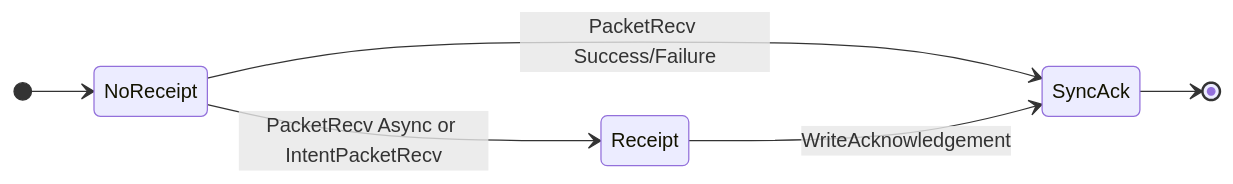
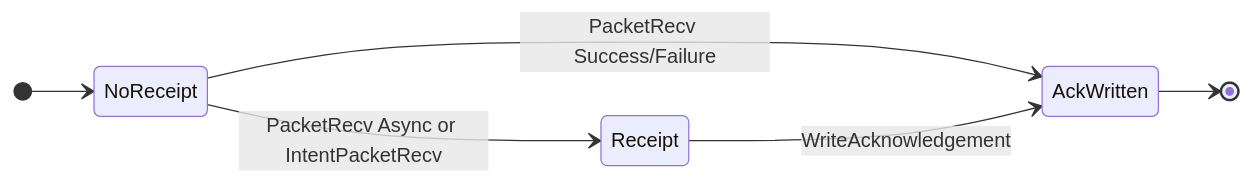
One commit to onbloc/gno-ibc changed the second of 2 diagrams in docs/specs/ibc-v1-core/packet-lifecycle.md. Above: the diagram before and after it, drawn with Mermaid. The commit also changed other lines of this file and 25 other files, not shown here.

````diff
--- a/docs/specs/ibc-v1-core/packet-lifecycle.md
+++ b/docs/specs/ibc-v1-core/packet-lifecycle.md
@@ -274,9 +274,9 @@
 ```mermaid
 stateDiagram-v2
   direction LR
   [*] --> NoReceipt
-  NoReceipt --> SyncAck: PacketRecv Success/Failure
+  NoReceipt --> AckWritten: PacketRecv Success/Failure
   NoReceipt --> Receipt: PacketRecv Async or IntentPacketRecv
-  Receipt --> SyncAck: WriteAcknowledgement
-  SyncAck --> [*]
+  Receipt --> AckWritten: WriteAcknowledgement
+  AckWritten --> [*]
 ```
````
